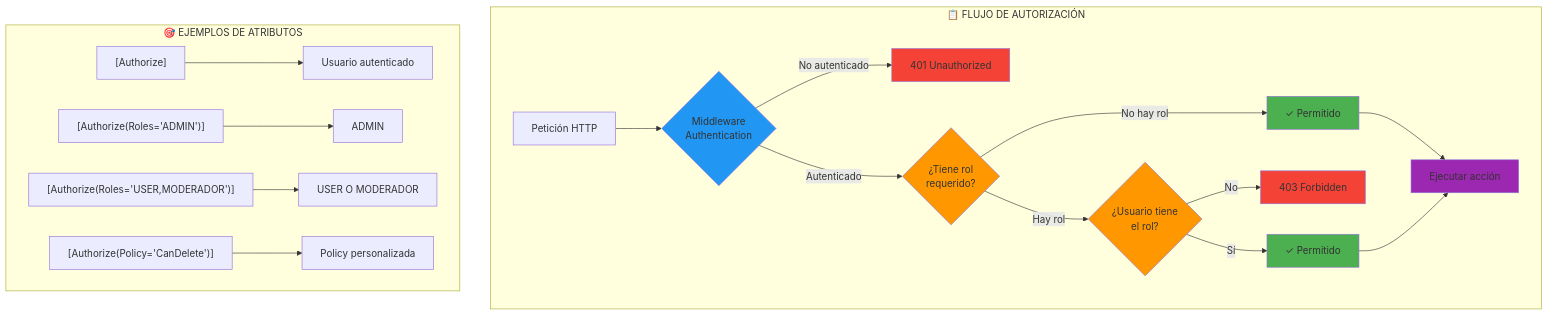
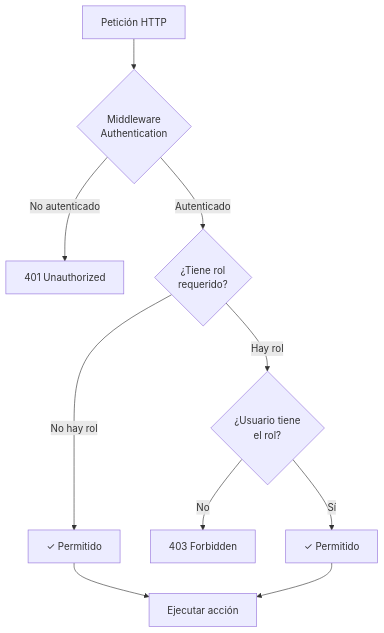
The third of 3 diagrams in doc/04-Authentication-Authorization.md (joseluisgs/TiendaDawWeb-NetCore), drawn with Mermaid before and after one commit. The commit also changed other lines of this file and 13 other files, not shown here.

````diff
--- a/doc/04-Authentication-Authorization.md
+++ b/doc/04-Authentication-Authorization.md
@@ -162,33 +146,15 @@
 ```mermaid
 flowchart TD
-    subgraph "📋 FLUJO DE AUTORIZACIÓN"
-        A[Petición HTTP] --> B{Middleware<br/>Authentication}
-        B -->|No autenticado| C[401 Unauthorized]
-        B -->|Autenticado| D{¿Tiene rol<br/>requerido?}
-        
-        D -->|No hay rol| E[✓ Permitido]
-        D -->|Hay rol| F{¿Usuario tiene<br/>el rol?}
-        
-        F -->|No| G[403 Forbidden]
-        F -->|Sí| H[✓ Permitido]
-        
-        E --> I[Ejecutar acción]
-        H --> I
-    end
+    A[Petición HTTP] --> B{Middleware<br/>Authentication}
+    B -->|No autenticado| C[401 Unauthorized]
+    B -->|Autenticado| D{¿Tiene rol<br/>requerido?}
     
-    subgraph "🎯 EJEMPLOS DE ATRIBUTOS"
-        J1["[Authorize]"] --> K1[Usuario autenticado]
-        J2["[Authorize(Roles='ADMIN')]"] --> K2[ADMIN]
-        J3["[Authorize(Roles='USER,MODERADOR')]"] --> K3[USER O MODERADOR]
-        J4["[Authorize(Policy='CanDelete')]"] --> K4[Policy personalizada]
-    end
+    D -->|No hay rol| E[✓ Permitido]
+    D -->|Hay rol| F{¿Usuario tiene<br/>el rol?}
     
-    style B fill:#2196F3
-    style C fill:#F44336
-    style D fill:#FF9800
-    style E fill:#4CAF50
-    style F fill:#FF9800
-    style G fill:#F44336
-    style H fill:#4CAF50
-    style I fill:#9C27B0
+    F -->|No| G[403 Forbidden]
+    F -->|Sí| H[✓ Permitido]
+    
+    E --> I[Ejecutar acción]
+    H --> I
 ```
````
